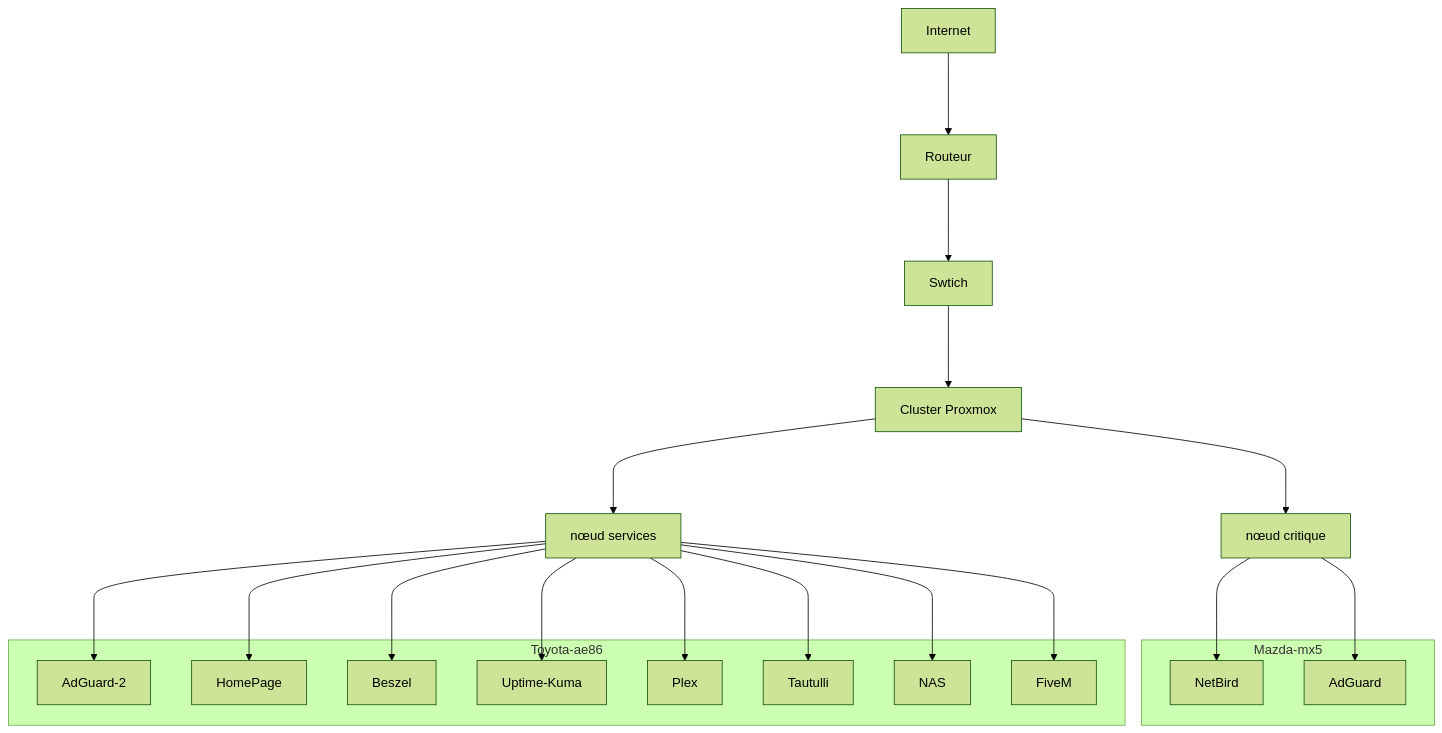
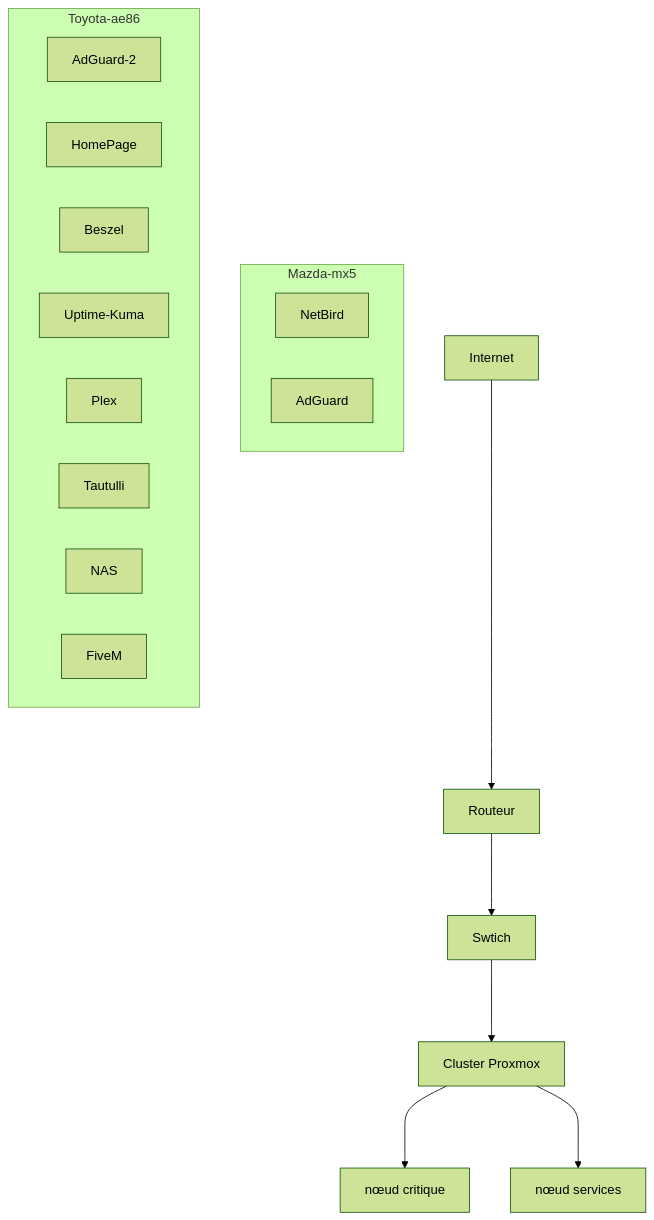
The diagram in README.md (snoyy-i/snoyy-i), drawn with Mermaid (forest theme) before and after one commit.

````diff
--- a/README.md
+++ b/README.md
@@ -2,41 +2,31 @@
 ```mermaid
 graph TD
      A[Internet]
      B[Routeur]
      C[Swtich]
      D[Cluster Proxmox]
      E[nœud critique]
      F[nœud services]
 
 subgraph Mazda-mx5
      G[NetBird]
      H[AdGuard]
 end
 
 subgraph Toyota-ae86
      I[AdGuard-2]
      J[HomePage]
      K[Beszel]
      L[Uptime-Kuma]
      M[Plex]
      N[Tautulli]
      O[NAS]
      P[FiveM]
 end
 
      A--->B
      B--->C
      C--->D
      D--->E
      D--->F
-     E--->G 
-     E--->H
-     F--->I
-     F--->J
-     F--->K
-     F--->L
-     F--->M
-     F--->N
-     F--->O
-     F--->P
 ```
````
